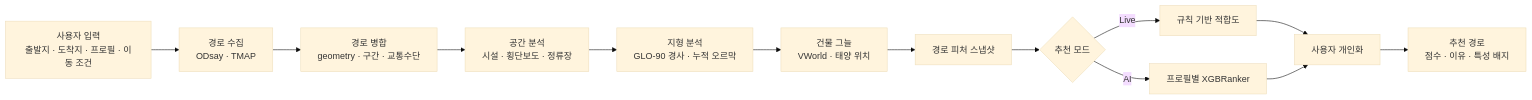
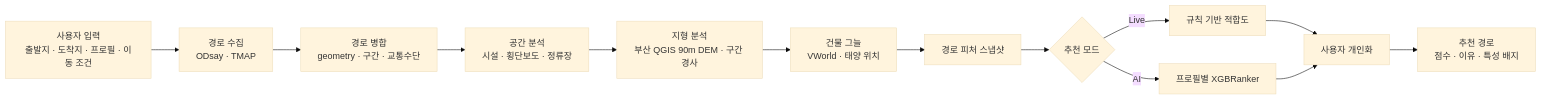
The first of 2 diagrams in README.md (LxNx-Hn/KT-10), drawn with Mermaid (base theme) before and after one commit. The commit also changed other lines of this file and 49 other files, not shown here.

````diff
--- a/README.md
+++ b/README.md
@@ -308,15 +308,15 @@
 ```mermaid
 flowchart LR
     A["사용자 입력<br/>출발지 · 도착지 · 프로필 · 이동 조건"] --> B["경로 수집<br/>ODsay · TMAP"]
     B --> C["경로 병합<br/>geometry · 구간 · 교통수단"]
     C --> D["공간 분석<br/>시설 · 횡단보도 · 정류장"]
-    D --> E["지형 분석<br/>GLO-90 경사 · 누적 오르막"]
+    D --> E["지형 분석<br/>부산 QGIS 90m DEM · 구간 경사"]
     E --> F["건물 그늘<br/>VWorld · 태양 위치"]
     F --> G["경로 피처 스냅샷"]
     G --> H{"추천 모드"}
     H -->|"Live"| I["규칙 기반 적합도"]
     H -->|"AI"| J["프로필별 XGBRanker"]
     I --> K["사용자 개인화"]
     J --> K
     K --> L["추천 경로<br/>점수 · 이유 · 특성 배지"]
 ```
````
